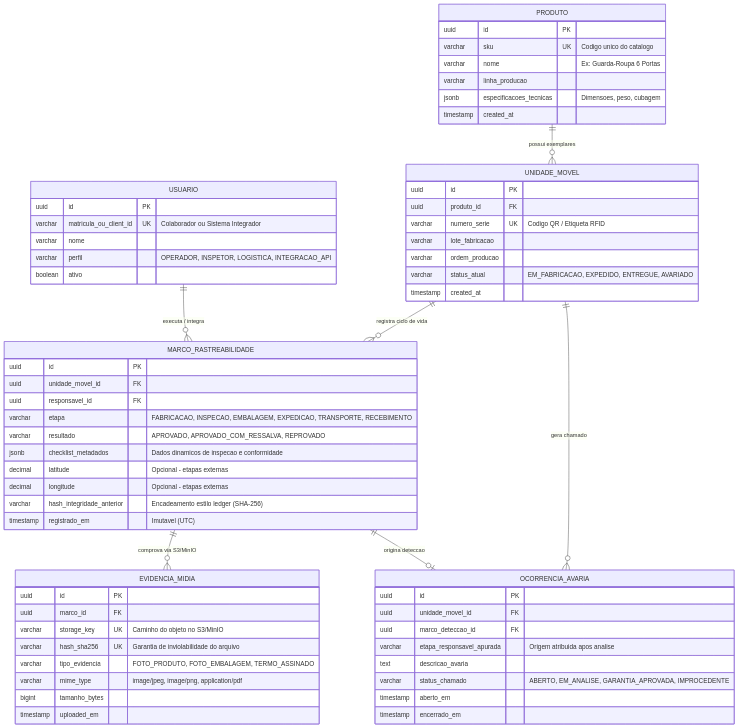
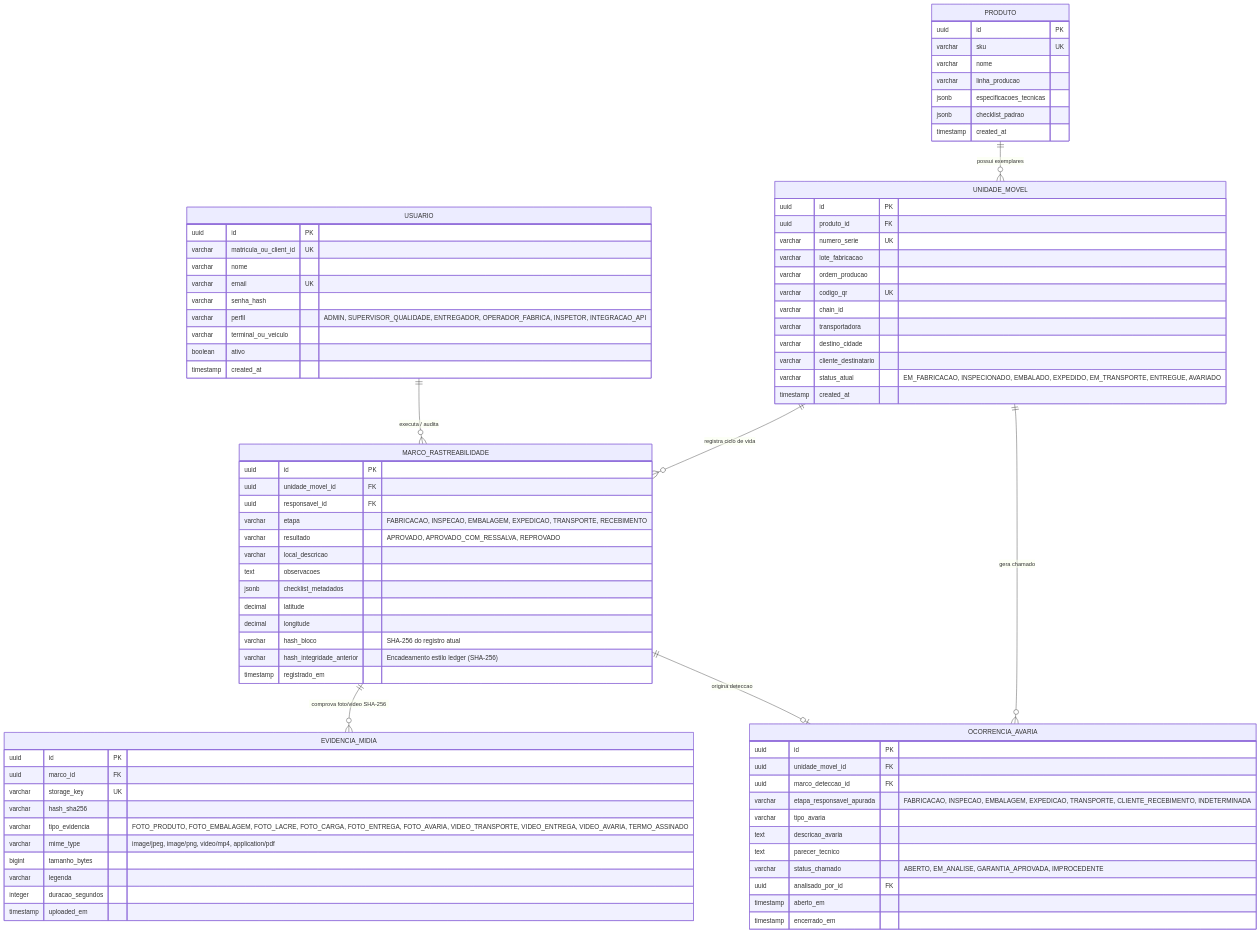
The diagram in README.md (kaiomartinezjorge/ProjetoFinal-MovSeg), drawn with Mermaid before and after one commit. The commit also changed other lines of this file and 2 other files, not shown here.

```diff
--- a/README.md
+++ b/README.md
@@ -59,36 +93,46 @@
 erDiagram
     PRODUTO ||--o{ UNIDADE_MOVEL : "possui exemplares"
     UNIDADE_MOVEL ||--o{ MARCO_RASTREABILIDADE : "registra ciclo de vida"
-    USUARIO ||--o{ MARCO_RASTREABILIDADE : "executa / integra"
-    MARCO_RASTREABILIDADE ||--o{ EVIDENCIA_MIDIA : "comprova via S3/MinIO"
+    USUARIO ||--o{ MARCO_RASTREABILIDADE : "executa / audita"
+    MARCO_RASTREABILIDADE ||--o{ EVIDENCIA_MIDIA : "comprova foto/video SHA-256"
     UNIDADE_MOVEL ||--o{ OCORRENCIA_AVARIA : "gera chamado"
     MARCO_RASTREABILIDADE ||--o| OCORRENCIA_AVARIA : "origina deteccao"
 
     PRODUTO {
         uuid id PK
-        varchar sku UK "Codigo unico do catalogo"
-        varchar nome "Ex: Guarda-Roupa 6 Portas"
+        varchar sku UK
+        varchar nome
         varchar linha_producao
-        jsonb especificacoes_tecnicas "Dimensoes, peso, cubagem"
+        jsonb especificacoes_tecnicas
+        jsonb checklist_padrao
         timestamp created_at
     }
 
     UNIDADE_MOVEL {
         uuid id PK
         uuid produto_id FK
-        varchar numero_serie UK "Codigo QR / Etiqueta RFID"
+        varchar numero_serie UK
         varchar lote_fabricacao
         varchar ordem_producao
-        varchar status_atual "EM_FABRICACAO, EXPEDIDO, ENTREGUE, AVARIADO"
+        varchar codigo_qr UK
+        varchar chain_id
+        varchar transportadora
+        varchar destino_cidade
+        varchar cliente_destinatario
+        varchar status_atual "EM_FABRICACAO, INSPECIONADO, EMBALADO, EXPEDIDO, EM_TRANSPORTE, ENTREGUE, AVARIADO"
         timestamp created_at
     }
 
     USUARIO {
         uuid id PK
-        varchar matricula_ou_client_id UK "Colaborador ou Sistema Integrador"
+        varchar matricula_ou_client_id UK
         varchar nome
-        varchar perfil "OPERADOR, INSPETOR, LOGISTICA, INTEGRACAO_API"
+        varchar email UK
+        varchar senha_hash
+        varchar perfil "ADMIN, SUPERVISOR_QUALIDADE, ENTREGADOR, OPERADOR_FABRICA, INSPETOR, INTEGRACAO_API"
+        varchar terminal_ou_veiculo
         boolean ativo
+        timestamp created_at
     }
 
     MARCO_RASTREABILIDADE {
@@ -97,21 +141,26 @@
         uuid responsavel_id FK
         varchar etapa "FABRICACAO, INSPECAO, EMBALAGEM, EXPEDICAO, TRANSPORTE, RECEBIMENTO"
         varchar resultado "APROVADO, APROVADO_COM_RESSALVA, REPROVADO"
-        jsonb checklist_metadados "Dados dinamicos de inspecao e conformidade"
-        decimal latitude "Opcional - etapas externas"
-        decimal longitude "Opcional - etapas externas"
+        varchar local_descricao
+        text observacoes
+        jsonb checklist_metadados
+        decimal latitude
+        decimal longitude
+        varchar hash_bloco "SHA-256 do registro atual"
         varchar hash_integridade_anterior "Encadeamento estilo ledger (SHA-256)"
-        timestamp registrado_em "Imutavel (UTC)"
+        timestamp registrado_em
     }
 
     EVIDENCIA_MIDIA {
         uuid id PK
         uuid marco_id FK
-        varchar storage_key UK "Caminho do objeto no S3/MinIO"
-        varchar hash_sha256 UK "Garantia de inviolabilidade do arquivo"
-        varchar tipo_evidencia "FOTO_PRODUTO, FOTO_EMBALAGEM, TERMO_ASSINADO"
-        varchar mime_type "image/jpeg, image/png, application/pdf"
+        varchar storage_key UK
+        varchar hash_sha256
+        varchar tipo_evidencia "FOTO_PRODUTO, FOTO_EMBALAGEM, FOTO_LACRE, FOTO_CARGA, FOTO_ENTREGA, FOTO_AVARIA, VIDEO_TRANSPORTE, VIDEO_ENTREGA, VIDEO_AVARIA, TERMO_ASSINADO"
+        varchar mime_type "image/jpeg, image/png, video/mp4, application/pdf"
         bigint tamanho_bytes
+        varchar legenda
+        integer duracao_segundos
         timestamp uploaded_em
     }
 
@@ -119,9 +168,12 @@
         uuid id PK
         uuid unidade_movel_id FK
         uuid marco_deteccao_id FK
-        varchar etapa_responsavel_apurada "Origem atribuida apos analise"
+        varchar etapa_responsavel_apurada "FABRICACAO, INSPECAO, EMBALAGEM, EXPEDICAO, TRANSPORTE, CLIENTE_RECEBIMENTO, INDETERMINADA"
+        varchar tipo_avaria
         text descricao_avaria
+        text parecer_tecnico
         varchar status_chamado "ABERTO, EM_ANALISE, GARANTIA_APROVADA, IMPROCEDENTE"
+        uuid analisado_por_id FK
         timestamp aberto_em
         timestamp encerrado_em
     }
```
